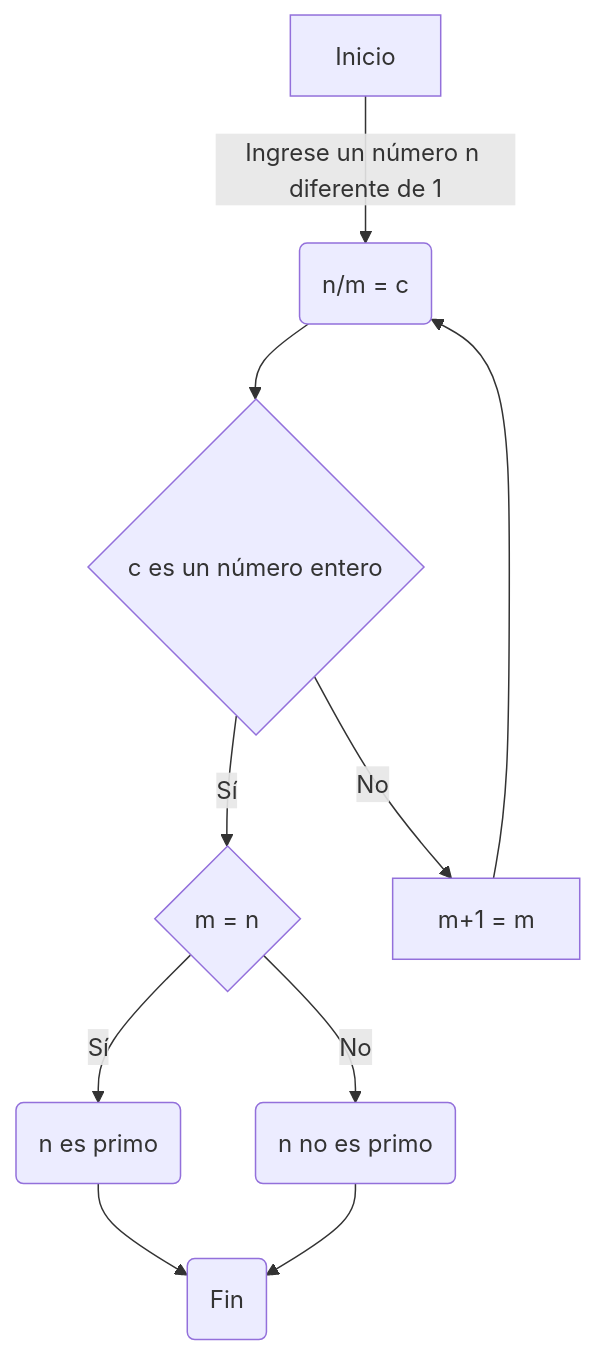
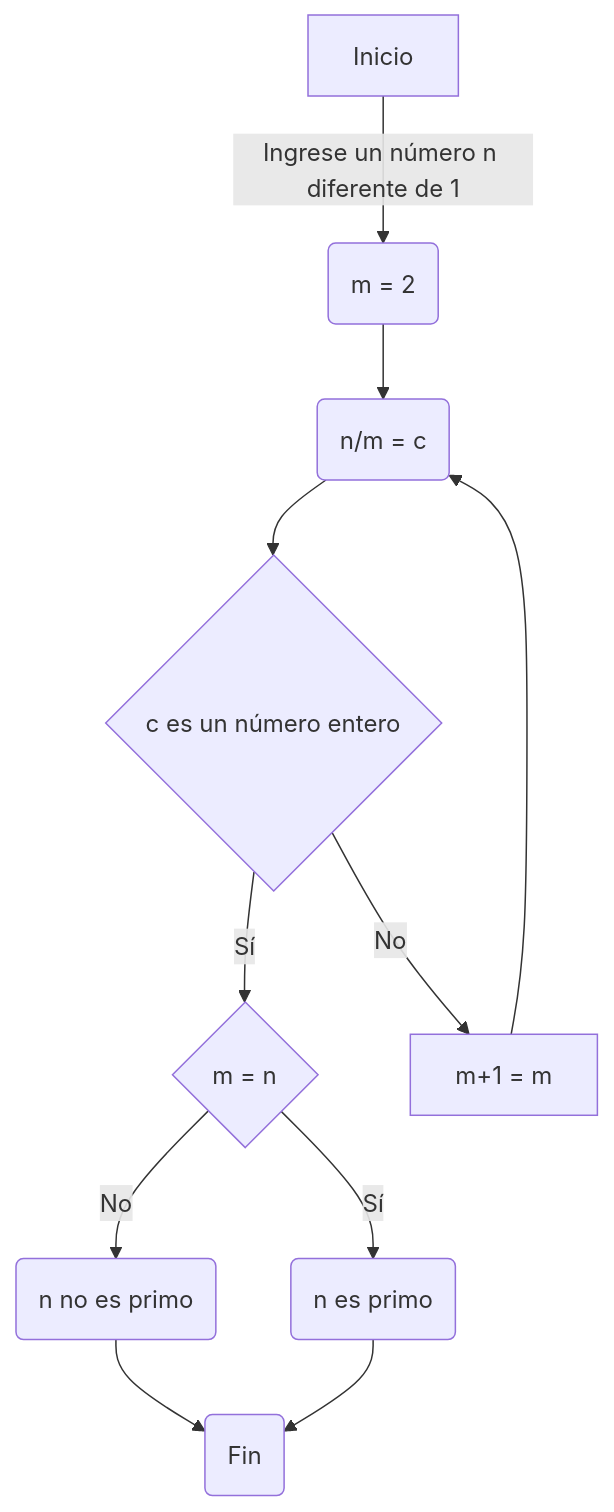
The first of 2 diagrams in README.md (PascaVega/Diagramas_de_Flujo_Reto2y3), drawn with Mermaid before and after one commit. The commit also changed other lines of this file, not shown here.

````diff
--- a/README.md
+++ b/README.md
@@ -13,11 +15,12 @@
 ```mermaid
 flowchart TD;
-    A[Inicio] -->|Ingrese un número n diferente de 1| B(n/m = c)
-    B --> C{c es un número entero}
-    C -->|Sí| D{m = n}
-    D -->|Sí| F(n es primo)
-    D -->|No| G(n no es primo)
-    C -->|No| E[m+1 = m] --> B
-    F -->H(Fin)
-    G -->H(Fin)
+    A[Inicio] -->|Ingrese un número n diferente de 1| B(m = 2)
+    B --> C(n/m = c)
+    C --> D{c es un número entero}
+    D -->|Sí| E{m = n}
+    E -->|Sí| G(n es primo)
+    E -->|No| H(n no es primo)
+    D -->|No| F[m+1 = m] --> C
+    H -->I(Fin)
+    G -->I(Fin)
 ```
````
